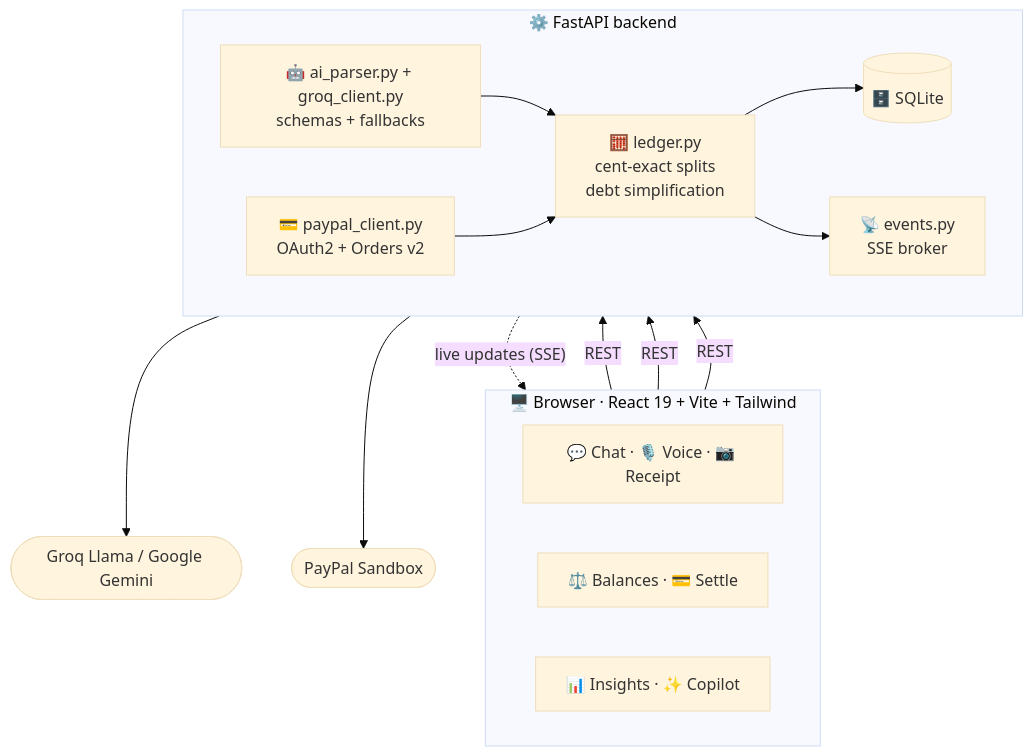
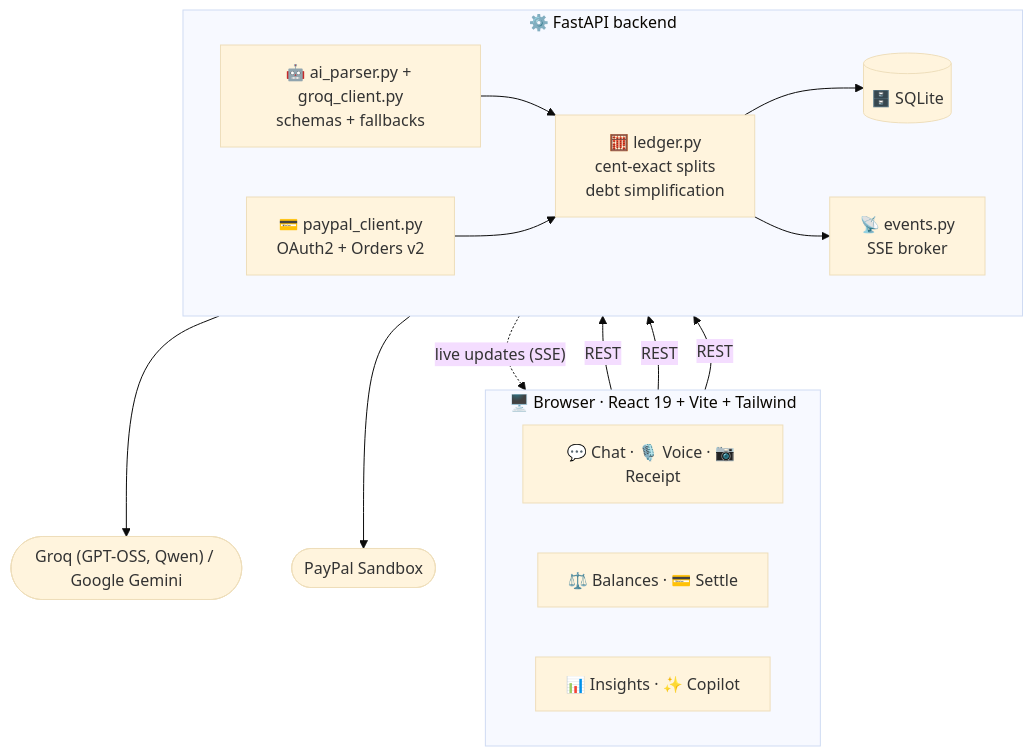
One commit to QURSAM-70179225/split-sync-ai changed the second of 2 diagrams in README.md. Above: the diagram before and after it, drawn with Mermaid (base theme). The commit also changed other lines of this file and 2 other files, not shown here.

First line of the commit message:
Add demo video link; name the AI models actually in use (GPT-OSS, Qwen on Groq)

````diff
--- a/README.md
+++ b/README.md
@@ -174,30 +175,30 @@
 ```mermaid
 flowchart TB
     subgraph Client["🖥️ Browser · React 19 + Vite + Tailwind"]
         direction LR
         Chat["💬 Chat · 🎙️ Voice · 📷 Receipt"]
         Bal["⚖️ Balances · 💳 Settle"]
         Ins["📊 Insights · ✨ Copilot"]
     end
     subgraph Server["⚙️ FastAPI backend"]
         direction LR
         AI["🤖 ai_parser.py + groq_client.py<br/>schemas + fallbacks"]
         Ledger["🧮 ledger.py<br/>cent-exact splits<br/>debt simplification"]
         PPC["💳 paypal_client.py<br/>OAuth2 + Orders v2"]
         Bus["📡 events.py<br/>SSE broker"]
         DB[("🗄️ SQLite")]
     end
-    Gemini(["Groq Llama / Google Gemini"])
+    Gemini(["Groq (GPT-OSS, Qwen) / Google Gemini"])
     PayPal(["PayPal Sandbox"])
 
     Chat -->|"REST"| AI
     Ins -->|"REST"| AI
     Bal -->|"REST"| PPC
     AI --> Gemini
     PPC --> PayPal
     AI --> Ledger
     PPC --> Ledger
     Ledger --> DB
     Ledger --> Bus
     Bus -.->|"live updates (SSE)"| Client
 ```
````
